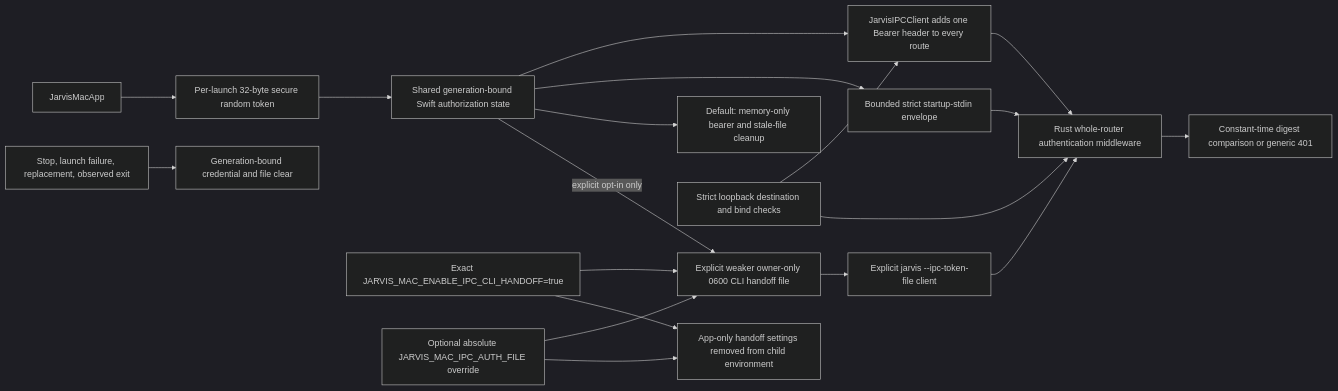
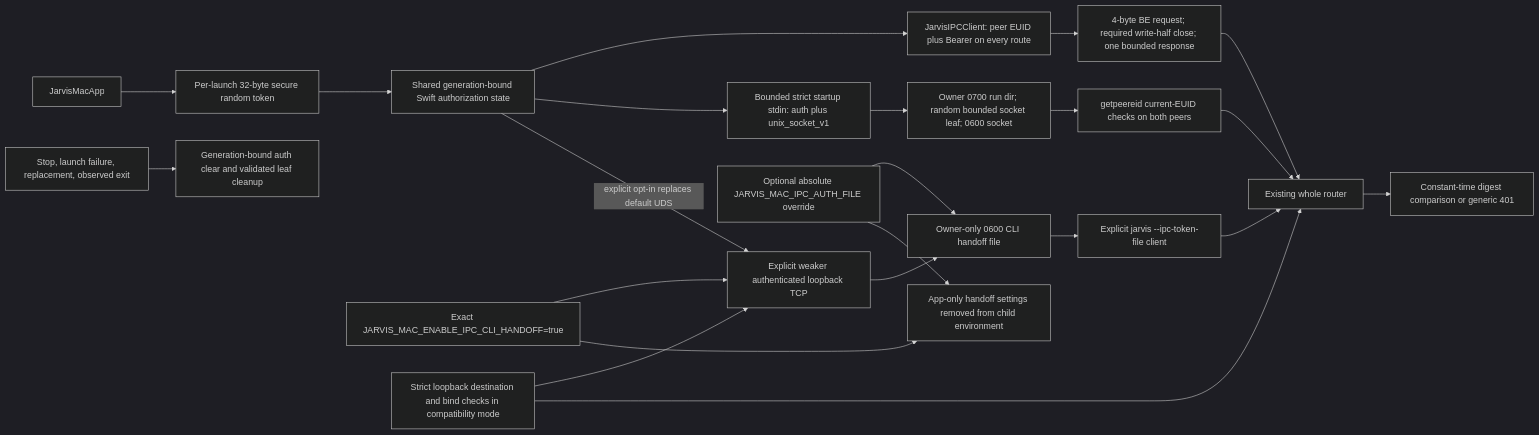
The first of 8 diagrams in docs/architecture-map.md (malak333/Assemblywright), drawn with Mermaid (dark theme) before and after one commit. The commit also changed other lines of this file and 22 other files, not shown here.

Commit message:
Harden app-supervised IPC with Unix sockets

````diff
--- a/docs/architecture-map.md
+++ b/docs/architecture-map.md
@@ -7,21 +7,24 @@
 ```mermaid
 flowchart LR
   A["JarvisMacApp"] --> R["Per-launch 32-byte secure random token"]
   R --> S["Shared generation-bound Swift authorization state"]
-  S --> C["JarvisIPCClient adds one Bearer header to every route"]
-  S --> E["Bounded strict startup-stdin envelope"]
-  S --> D["Default: memory-only bearer and stale-file cleanup"]
-  O["Exact JARVIS_MAC_ENABLE_IPC_CLI_HANDOFF=true"] --> F["Explicit weaker owner-only 0600 CLI handoff file"]
+  S --> C["JarvisIPCClient: peer EUID plus Bearer on every route"]
+  S --> E["Bounded strict startup stdin: auth plus unix_socket_v1"]
+  E --> U["Owner 0700 run dir; random bounded socket leaf; 0600 socket"]
+  U --> P["getpeereid current-EUID checks on both peers"]
+  C --> J["4-byte BE request; required write-half close; one bounded response"]
+  J --> M["Existing whole router"]
+  P --> M
+  O["Exact JARVIS_MAC_ENABLE_IPC_CLI_HANDOFF=true"] --> T["Explicit weaker authenticated loopback TCP"]
+  T --> F["Owner-only 0600 CLI handoff file"]
   V["Optional absolute JARVIS_MAC_IPC_AUTH_FILE override"] --> F
-  S -->|"explicit opt-in only"| F
-  E --> M["Rust whole-router authentication middleware"]
-  C --> M
+  S -->|"explicit opt-in replaces default UDS"| T
   F --> L["Explicit jarvis --ipc-token-file client"]
   L --> M
   O --> Z["App-only handoff settings removed from child environment"]
   V --> Z
-  B["Strict loopback destination and bind checks"] --> C
+  B["Strict loopback destination and bind checks in compatibility mode"] --> T
   B --> M
   M --> X["Constant-time digest comparison or generic 401"]
-  P["Stop, launch failure, replacement, observed exit"] --> G["Generation-bound credential and file clear"]
+  Q["Stop, launch failure, replacement, observed exit"] --> G["Generation-bound auth clear and validated leaf cleanup"]
 ```
````
